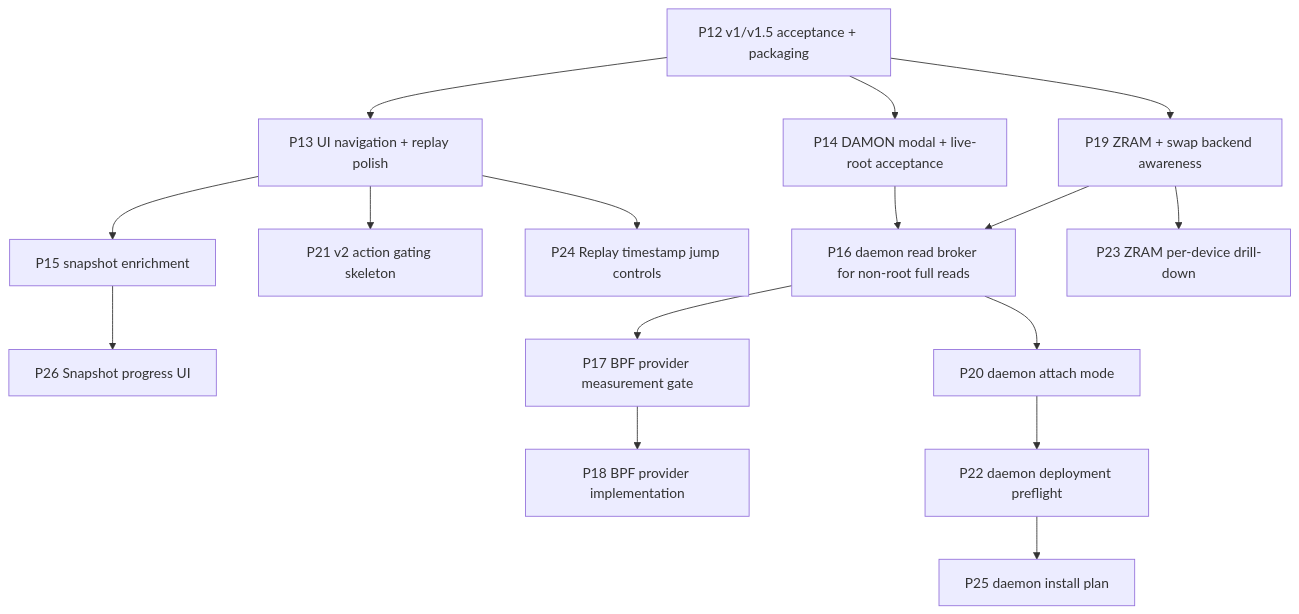
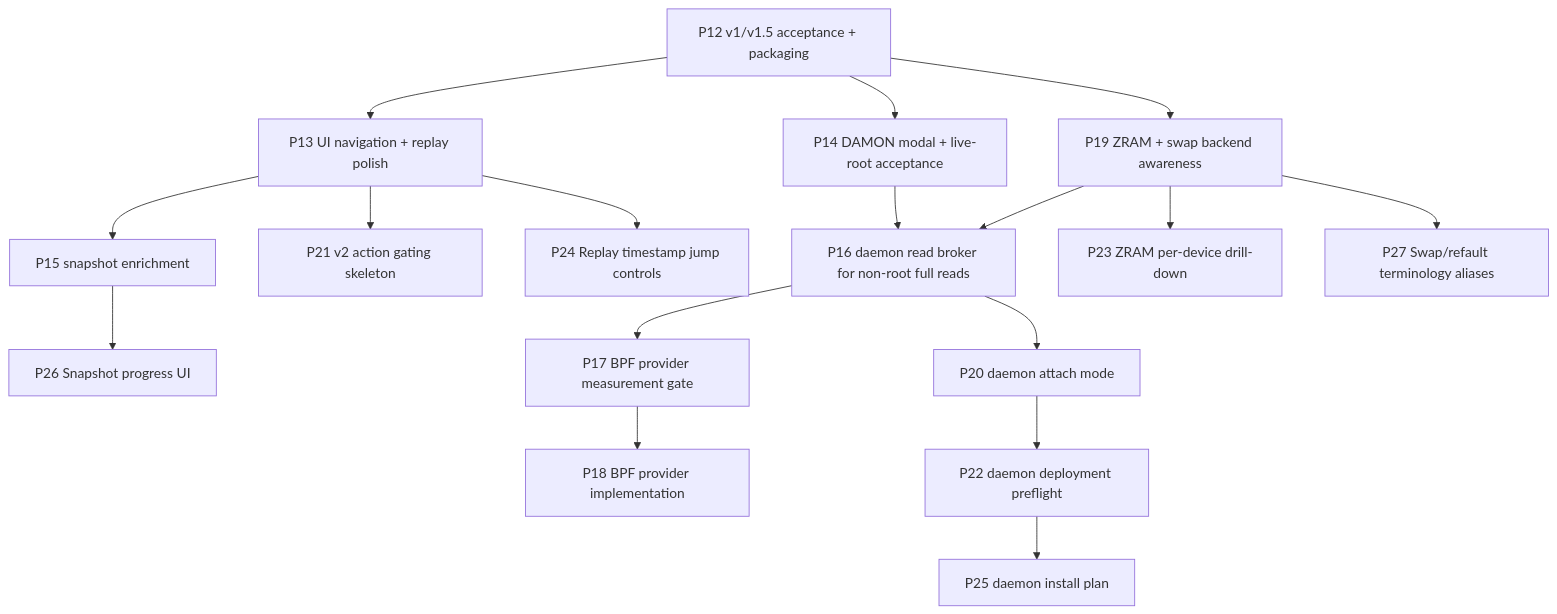
One commit to volkb79-2/vbpub changed the diagram in groop/docs/ROADMAP.md. Above: the diagram before and after it, drawn with Mermaid. The commit also changed other lines of this file and 2 other files, not shown here.

Commit message:
docs(groop): carve P27 swap refault aliases

````diff
--- a/groop/docs/ROADMAP.md
+++ b/groop/docs/ROADMAP.md
@@ -27,18 +27,19 @@
 ```mermaid
 flowchart TD
     P12[P12 v1/v1.5 acceptance + packaging] --> P13[P13 UI navigation + replay polish]
     P12 --> P14[P14 DAMON modal + live-root acceptance]
     P13 --> P15[P15 snapshot enrichment]
     P12 --> P19[P19 ZRAM + swap backend awareness]
     P19 --> P16[P16 daemon read broker for non-root full reads]
     P14 --> P16
     P16 --> P17[P17 BPF provider measurement gate]
     P17 --> P18[P18 BPF provider implementation]
     P16 --> P20[P20 daemon attach mode]
     P20 --> P22[P22 daemon deployment preflight]
     P22 --> P25[P25 daemon install plan]
     P13 --> P21[P21 v2 action gating skeleton]
     P19 --> P23[P23 ZRAM per-device drill-down]
     P13 --> P24[P24 Replay timestamp jump controls]
     P15 --> P26[P26 Snapshot progress UI]
+    P19 --> P27[P27 Swap/refault terminology aliases]
 ```
````
